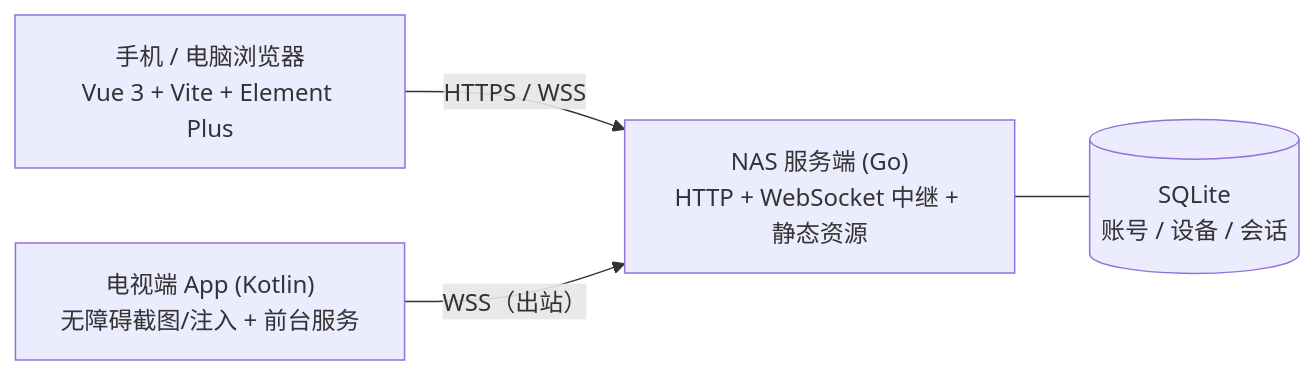
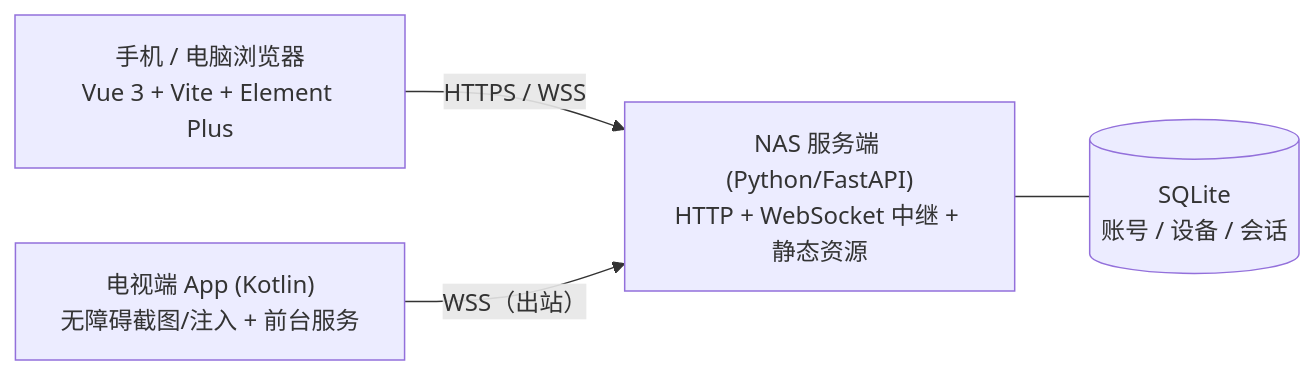
Before and after one commit to yy3738/tv_flash: the first of 6 diagrams in docs/design/TECH_DESIGN.md, drawn with Mermaid. The commit also changed other lines of this file and 31 other files, not shown here.

First line of the commit message:
feat: 三端实现（FastAPI 服务端 + Vue3 Web + 电视端 WS 客户端）

````diff
--- a/docs/design/TECH_DESIGN.md
+++ b/docs/design/TECH_DESIGN.md
@@ -45,11 +45,11 @@
 ```mermaid
 flowchart LR
   B["手机 / 电脑浏览器<br/>Vue 3 + Vite + Element Plus"]
-  N["NAS 服务端 (Go)<br/>HTTP + WebSocket 中继 + 静态资源"]
+  N["NAS 服务端 (Python/FastAPI)<br/>HTTP + WebSocket 中继 + 静态资源"]
   DB[("SQLite<br/>账号 / 设备 / 会话")]
   T["电视端 App (Kotlin)<br/>无障碍截图/注入 + 前台服务"]
 
   B -- "HTTPS / WSS" --> N
   T -- "WSS（出站）" --> N
   N --- DB
 ```
````
